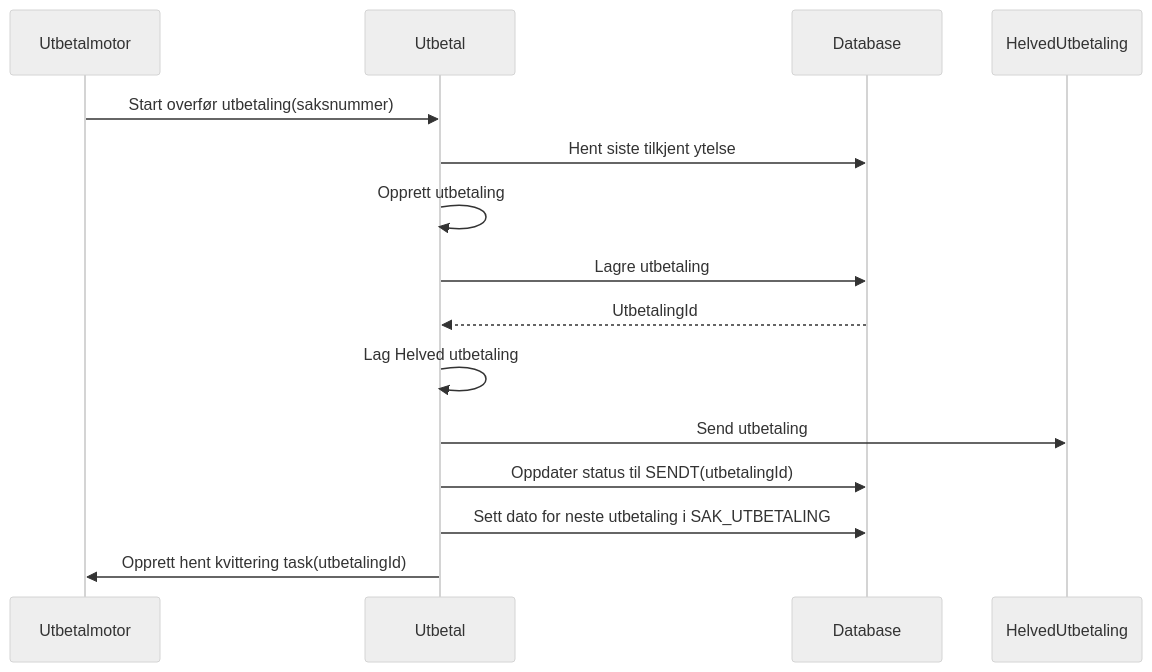
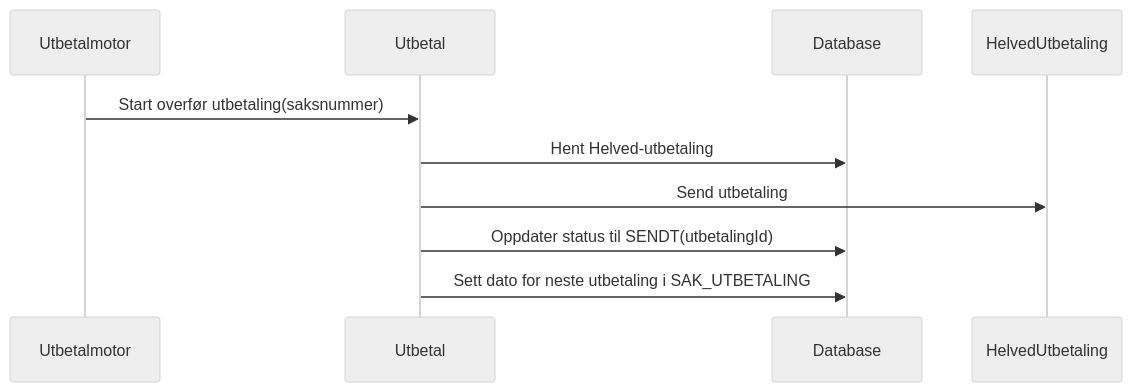
The fourth of 8 diagrams in README.md (navikt/aap-utbetal), drawn with Mermaid (neutral theme) before and after one commit. The commit also changed other lines of this file, not shown here.

Commit message:
Endret sekvensdiagrammer.

````diff
--- a/README.md
+++ b/README.md
@@ -49,13 +57,8 @@
 ```mermaid
 sequenceDiagram
 Utbetalmotor->>Utbetal: Start overfør utbetaling(saksnummer)
-Utbetal->>Database: Hent siste tilkjent ytelse
-Utbetal->>Utbetal: Opprett utbetaling
-Utbetal->>Database: Lagre utbetaling
-Database-->>Utbetal: UtbetalingId
-Utbetal->>Utbetal: Lag Helved utbetaling
+Utbetal->>Database: Hent Helved-utbetaling
 Utbetal->>HelvedUtbetaling: Send utbetaling
 Utbetal->>Database: Oppdater status til SENDT(utbetalingId)
 Utbetal->>Database: Sett dato for neste utbetaling i SAK_UTBETALING
-Utbetal->>Utbetalmotor: Opprett hent kvittering task(utbetalingId)
 ```
````
